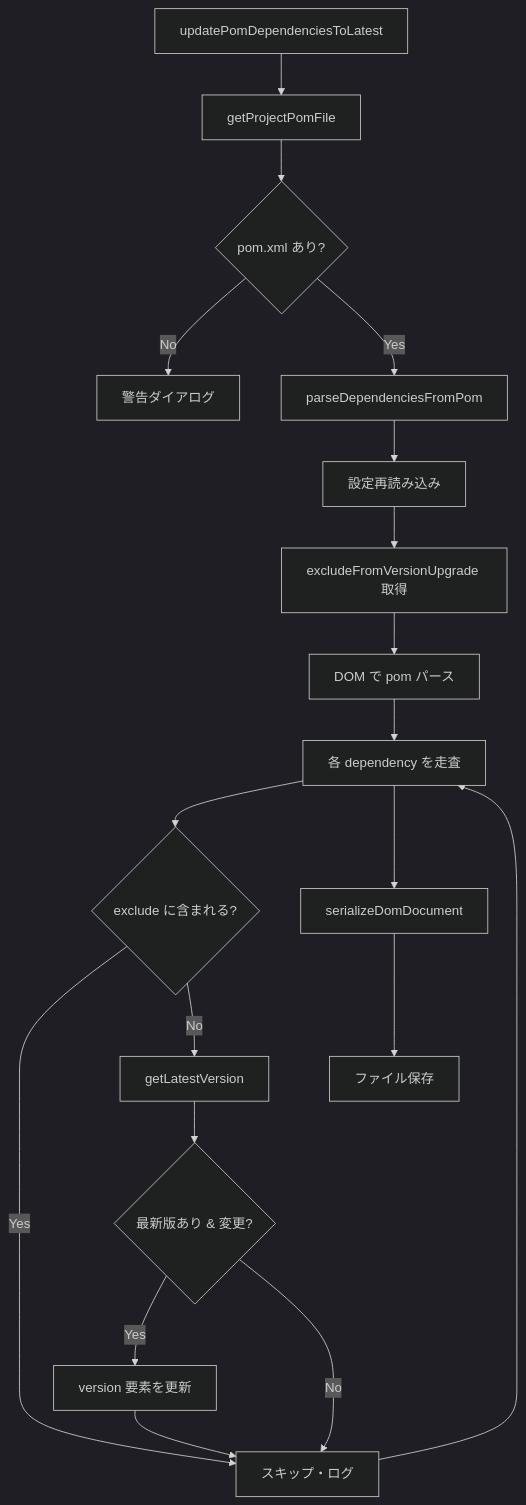
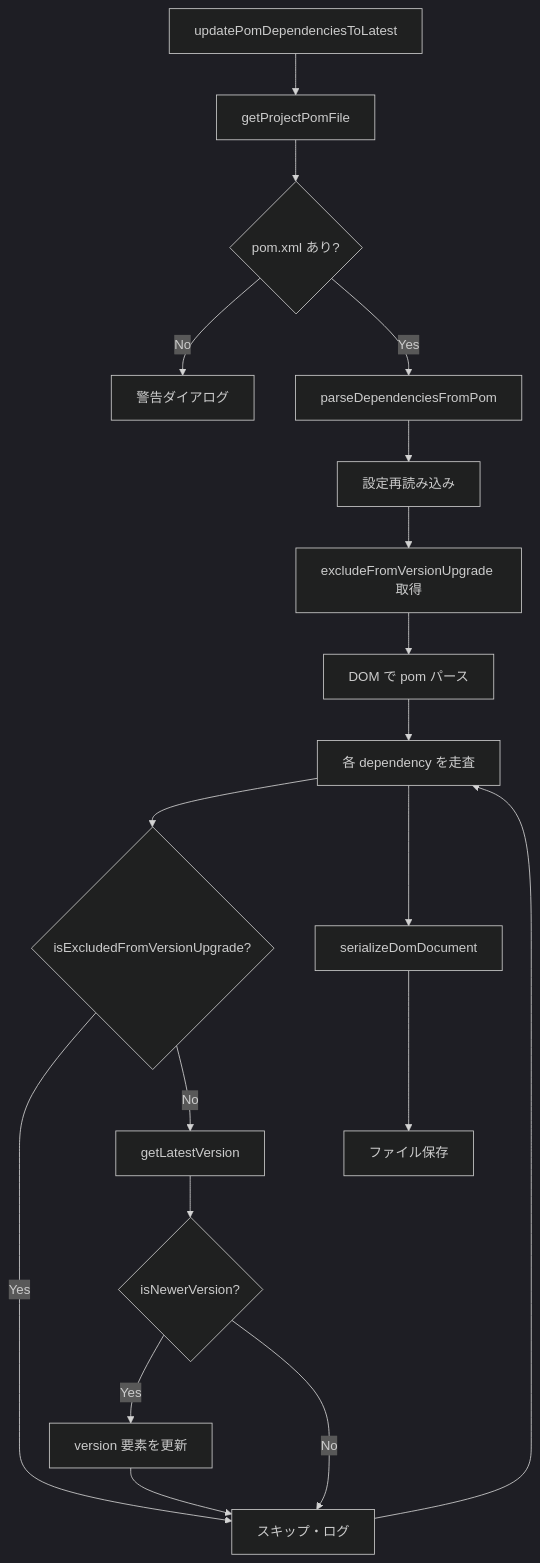
The third of 6 diagrams in docs/METHODS.md (cac81571/ant-to-maven-converter), drawn with Mermaid (dark theme) before and after one commit. The commit also changed other lines of this file and 1 other file, not shown here.

````diff
--- a/docs/METHODS.md
+++ b/docs/METHODS.md
@@ -127,21 +171,21 @@
 ```mermaid
 flowchart TB
     U[updatePomDependenciesToLatest] --> U1[getProjectPomFile]
     U1 --> U2{pom.xml あり?}
     U2 -->|No| U3[警告ダイアログ]
     U2 -->|Yes| U4[parseDependenciesFromPom]
     U4 --> U5[設定再読み込み]
     U5 --> U6[excludeFromVersionUpgrade 取得]
     U6 --> U7[DOM で pom パース]
     U7 --> U8[各 dependency を走査]
-    U8 --> U9{exclude に含まれる?}
+    U8 --> U9{isExcludedFromVersionUpgrade?}
     U9 -->|Yes| U10[スキップ・ログ]
     U9 -->|No| U11[getLatestVersion]
-    U11 --> U12{最新版あり & 変更?}
+    U11 --> U12{isNewerVersion?}
     U12 -->|Yes| U13[version 要素を更新]
     U12 -->|No| U10
     U13 --> U10
     U10 --> U8
     U8 --> U14[serializeDomDocument]
     U14 --> U15[ファイル保存]
 ```
````
